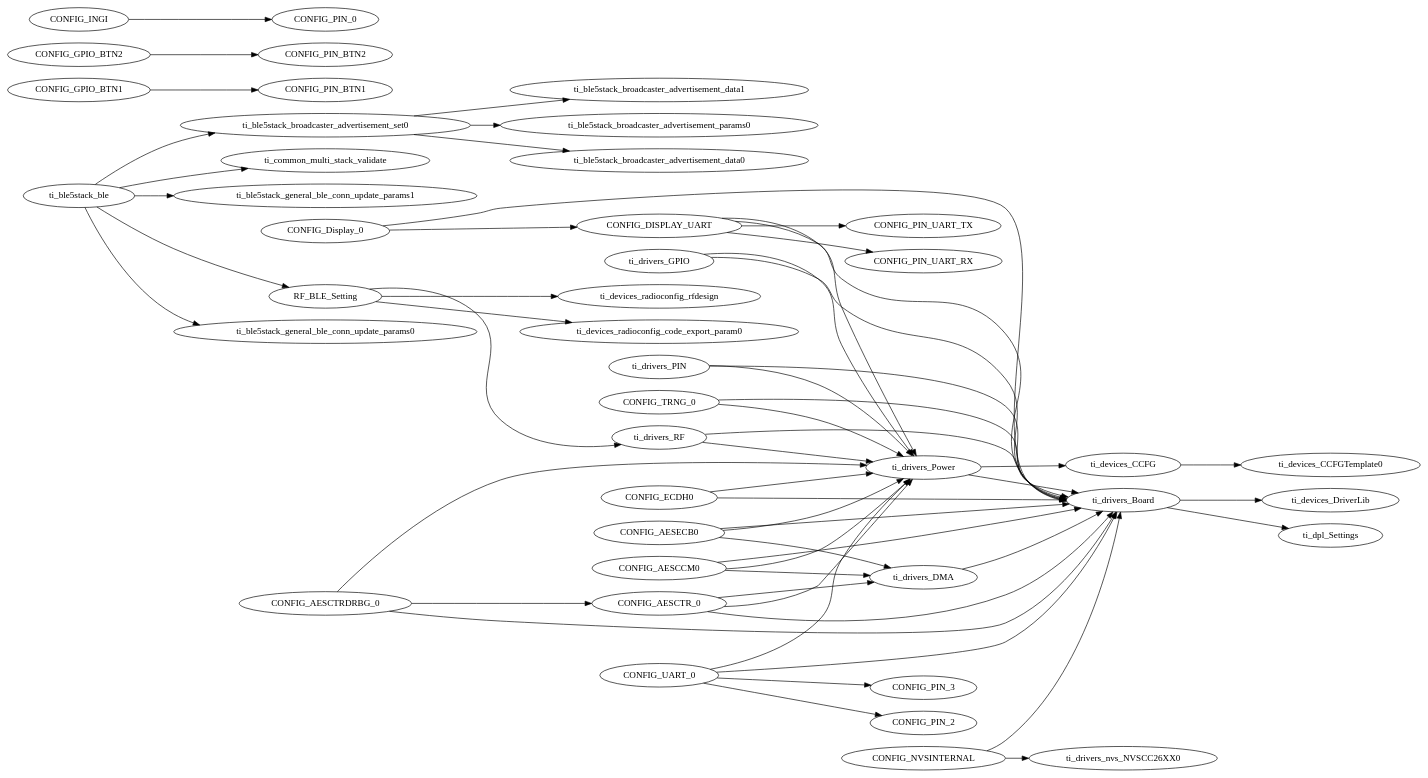
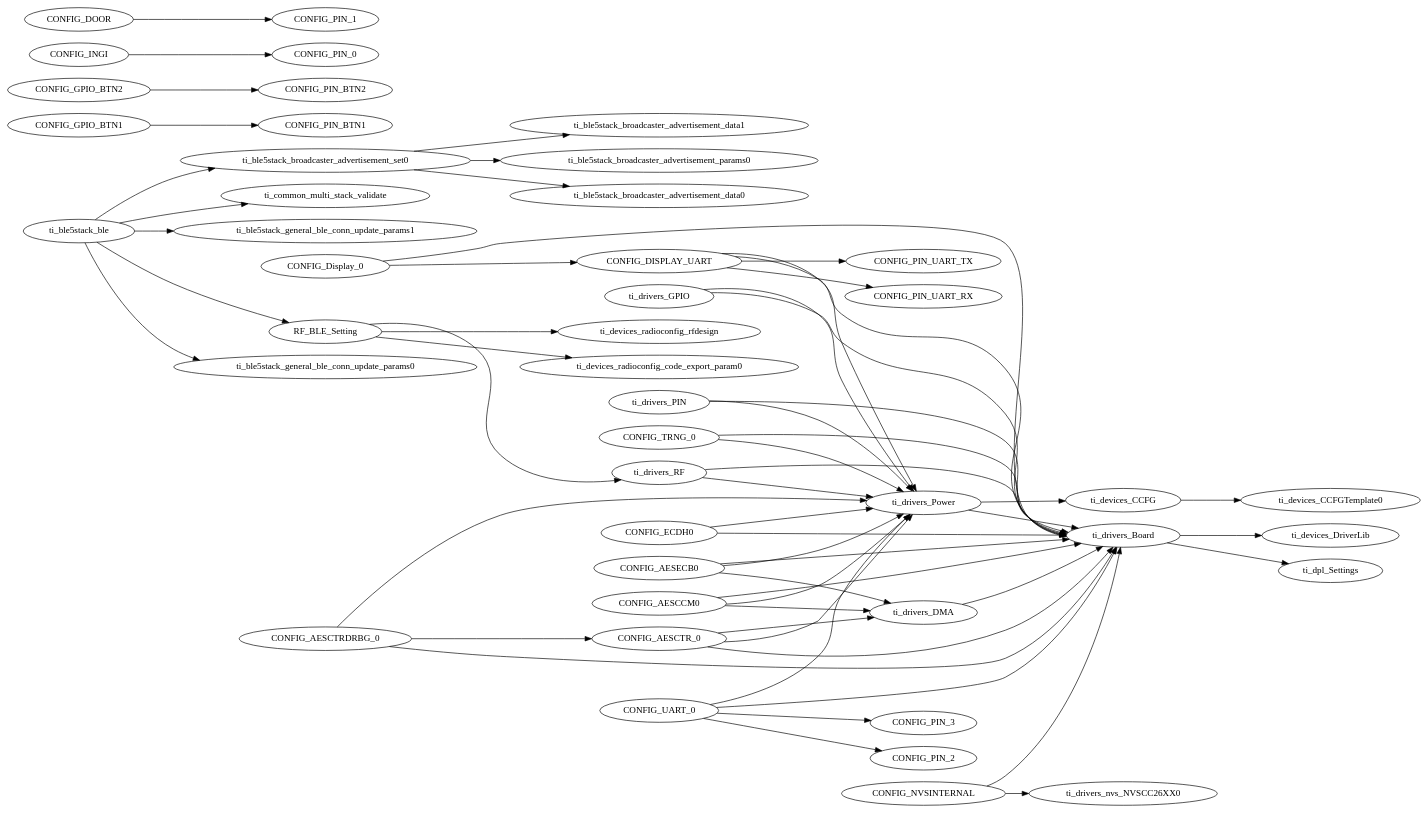
The diagram in src/IS006_OBDII_multi_role_CC13X2R1_LAUNCHXL_tirtos_ccs/Release/syscfg/ti_utils_runtime_model.gv (weliwang/IS006_OBDII), drawn with Graphviz before and after one commit. The commit also changed 11 other files, not shown here.

```diff
--- a/src/IS006_OBDII_multi_role_CC13X2R1_LAUNCHXL_tirtos_ccs/Release/syscfg/ti_utils_runtime_model.gv
+++ b/src/IS006_OBDII_multi_role_CC13X2R1_LAUNCHXL_tirtos_ccs/Release/syscfg/ti_utils_runtime_model.gv
@@ -1,118 +1,119 @@
 digraph Model
 {
     graph[rankdir=LR]
 
     // mod.$name=/ti/ble5stack/ble
     ti_ble5stack_ble -> ti_common_multi_stack_validate
     ti_ble5stack_ble -> RF_BLE_Setting
     ti_ble5stack_ble -> ti_ble5stack_general_ble_conn_update_params1
     ti_ble5stack_ble -> ti_ble5stack_general_ble_conn_update_params0
     ti_ble5stack_ble -> ti_ble5stack_broadcaster_advertisement_set0
 
     // mod.$name=/ti/ble5stack/broadcaster/advertisement_data
 
     // mod.$name=/ti/ble5stack/broadcaster/advertisement_params
 
     // mod.$name=/ti/ble5stack/broadcaster/advertisement_set
     ti_ble5stack_broadcaster_advertisement_set0 -> ti_ble5stack_broadcaster_advertisement_params0
     ti_ble5stack_broadcaster_advertisement_set0 -> ti_ble5stack_broadcaster_advertisement_data0
     ti_ble5stack_broadcaster_advertisement_set0 -> ti_ble5stack_broadcaster_advertisement_data1
 
     // mod.$name=/ti/ble5stack/general/ble_conn_update_params
 
     // mod.$name=/ti/common/multi_stack_validate
 
     // mod.$name=/ti/devices/CCFG
     ti_devices_CCFG -> ti_devices_CCFGTemplate0
 
     // mod.$name=/ti/devices/CCFGTemplate
 
     // mod.$name=/ti/devices/DriverLib
 
     // mod.$name=/ti/devices/radioconfig/code_export_param
 
     // mod.$name=/ti/devices/radioconfig/rfdesign
 
     // mod.$name=/ti/devices/radioconfig/settings/ble
     RF_BLE_Setting -> ti_drivers_RF
     RF_BLE_Setting -> ti_devices_radioconfig_rfdesign
     RF_BLE_Setting -> ti_devices_radioconfig_code_export_param0
 
     // mod.$name=/ti/display/Display
     CONFIG_Display_0 -> ti_drivers_Board
     CONFIG_Display_0 -> CONFIG_DISPLAY_UART
 
     // mod.$name=/ti/dpl/Settings
 
     // mod.$name=/ti/drivers/AESCCM
     CONFIG_AESCCM0 -> ti_drivers_DMA
     CONFIG_AESCCM0 -> ti_drivers_Power
     CONFIG_AESCCM0 -> ti_drivers_Board
 
     // mod.$name=/ti/drivers/AESCTR
     CONFIG_AESCTR_0 -> ti_drivers_DMA
     CONFIG_AESCTR_0 -> ti_drivers_Power
     CONFIG_AESCTR_0 -> ti_drivers_Board
 
     // mod.$name=/ti/drivers/AESCTRDRBG
     CONFIG_AESCTRDRBG_0 -> ti_drivers_Power
     CONFIG_AESCTRDRBG_0 -> ti_drivers_Board
     CONFIG_AESCTRDRBG_0 -> CONFIG_AESCTR_0
 
     // mod.$name=/ti/drivers/AESECB
     CONFIG_AESECB0 -> ti_drivers_DMA
     CONFIG_AESECB0 -> ti_drivers_Power
     CONFIG_AESECB0 -> ti_drivers_Board
 
     // mod.$name=/ti/drivers/Board
     ti_drivers_Board -> ti_devices_DriverLib
     ti_drivers_Board -> ti_dpl_Settings
 
     // mod.$name=/ti/drivers/DMA
     ti_drivers_DMA -> ti_drivers_Board
 
     // mod.$name=/ti/drivers/ECDH
     CONFIG_ECDH0 -> ti_drivers_Power
     CONFIG_ECDH0 -> ti_drivers_Board
 
     // mod.$name=/ti/drivers/GPIO
     ti_drivers_GPIO -> ti_drivers_Power
     ti_drivers_GPIO -> ti_drivers_Board
     CONFIG_GPIO_BTN1 -> CONFIG_PIN_BTN1
     CONFIG_GPIO_BTN2 -> CONFIG_PIN_BTN2
     CONFIG_INGI -> CONFIG_PIN_0
+    CONFIG_DOOR -> CONFIG_PIN_1
 
     // mod.$name=/ti/drivers/NVS
     CONFIG_NVSINTERNAL -> ti_drivers_Board
     CONFIG_NVSINTERNAL -> ti_drivers_nvs_NVSCC26XX0
 
     // mod.$name=/ti/drivers/PIN
     ti_drivers_PIN -> ti_drivers_Power
     ti_drivers_PIN -> ti_drivers_Board
 
     // mod.$name=/ti/drivers/Power
     ti_drivers_Power -> ti_devices_CCFG
     ti_drivers_Power -> ti_drivers_Board
 
     // mod.$name=/ti/drivers/RF
     ti_drivers_RF -> ti_drivers_Power
     ti_drivers_RF -> ti_drivers_Board
 
     // mod.$name=/ti/drivers/RTOS
 
     // mod.$name=/ti/drivers/TRNG
     CONFIG_TRNG_0 -> ti_drivers_Power
     CONFIG_TRNG_0 -> ti_drivers_Board
 
     // mod.$name=/ti/drivers/UART
     CONFIG_DISPLAY_UART -> ti_drivers_Power
     CONFIG_DISPLAY_UART -> ti_drivers_Board
     CONFIG_UART_0 -> ti_drivers_Power
     CONFIG_UART_0 -> ti_drivers_Board
     CONFIG_DISPLAY_UART -> CONFIG_PIN_UART_TX
     CONFIG_DISPLAY_UART -> CONFIG_PIN_UART_RX
     CONFIG_UART_0 -> CONFIG_PIN_2
     CONFIG_UART_0 -> CONFIG_PIN_3
 
     // mod.$name=/ti/drivers/nvs/NVSCC26XX
 }
```
